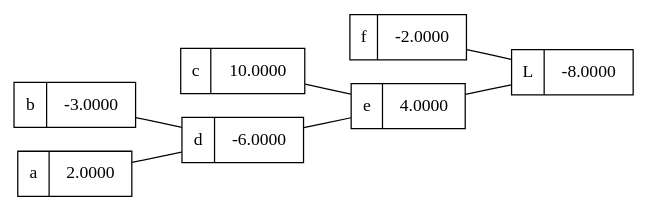
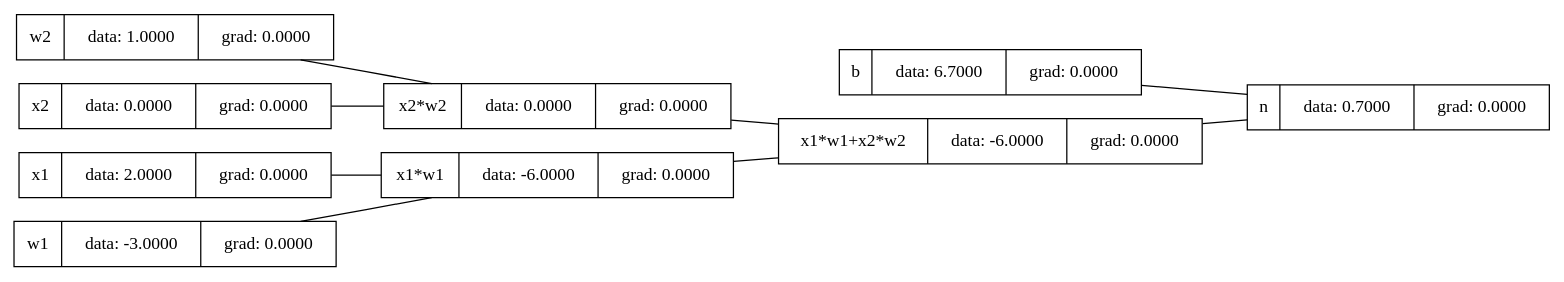
One commit to iiam33/tiny-autograd changed the diagram in graph/graph.gv. Above: the diagram before and after it, drawn with Graphviz. The commit also changed 9 other files, not shown here.

```diff
--- a/graph/graph.gv
+++ b/graph/graph.gv
@@ -1,16 +1,20 @@
 graph {
 	graph [rankdir=LR]
-	140000911085568 [label="{f | -2.0000}" shape=record]
-	140000914586208 [label="{c | 10.0000}" shape=record]
-	140000911085664 [label="{L | -8.0000}" shape=record]
-	140000914586784 [label="{b | -3.0000}" shape=record]
-	140000914586880 [label="{a | 2.0000}" shape=record]
-	140000911085376 [label="{e | 4.0000}" shape=record]
-	140000911085424 [label="{d | -6.0000}" shape=record]
-	140000911085376 -- 140000911085664
-	140000911085568 -- 140000911085664
-	140000914586880 -- 140000911085424
-	140000914586208 -- 140000911085376
-	140000914586784 -- 140000911085424
-	140000911085424 -- 140000911085376
+	140344728489984 [label="{x1*w1 | data: -6.0000 | grad: 0.0000}" shape=record]
+	140344732466192 [label="{x1 | data: 2.0000 | grad: 0.0000}" shape=record]
+	140344728490080 [label="{x2*w2 | data: 0.0000 | grad: 0.0000}" shape=record]
+	140344728490176 [label="{x1*w1+x2*w2 | data: -6.0000 | grad: 0.0000}" shape=record]
+	140344728490272 [label="{n | data: 0.7000 | grad: 0.0000}" shape=record]
+	140344728489792 [label="{b | data: 6.7000 | grad: 0.0000}" shape=record]
+	140344731761008 [label="{w1 | data: -3.0000 | grad: 0.0000}" shape=record]
+	140344728489840 [label="{w2 | data: 1.0000 | grad: 0.0000}" shape=record]
+	140344731759568 [label="{x2 | data: 0.0000 | grad: 0.0000}" shape=record]
+	140344728489840 -- 140344728490080
+	140344728489792 -- 140344728490272
+	140344728489984 -- 140344728490176
+	140344728490176 -- 140344728490272
+	140344728490080 -- 140344728490176
+	140344731761008 -- 140344728489984
+	140344732466192 -- 140344728489984
+	140344731759568 -- 140344728490080
 }
```
